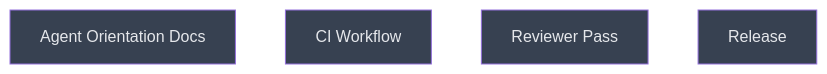
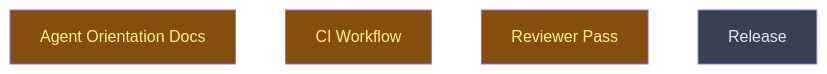
The diagram in __roadmap__/repo_health/integrate/README.md (CrackingShells/colgrep-mcp), drawn with Mermaid before and after one commit. The commit also changed other lines of this file and 1 other file, not shown here.

Commit message:
docs(roadmap): mark depth-0 leaves done, start integrate level

````diff
--- a/__roadmap__/repo_health/integrate/README.md
+++ b/__roadmap__/repo_health/integrate/README.md
@@ -19,12 +19,12 @@
 ```mermaid
 graph TD
-    agent_docs[Agent Orientation Docs]:::planned
-    ci_workflow[CI Workflow]:::planned
-    review[Reviewer Pass]:::planned
+    agent_docs[Agent Orientation Docs]:::inprogress
+    ci_workflow[CI Workflow]:::inprogress
+    review[Reviewer Pass]:::inprogress
     release[Release]:::planned
     classDef done       fill:#166534,color:#bbf7d0
     classDef inprogress fill:#854d0e,color:#fef08a
     classDef planned    fill:#374151,color:#e5e7eb
     classDef amendment  fill:#1e3a5f,color:#bfdbfe
     classDef blocked    fill:#7f1d1d,color:#fecaca
 ```
````
